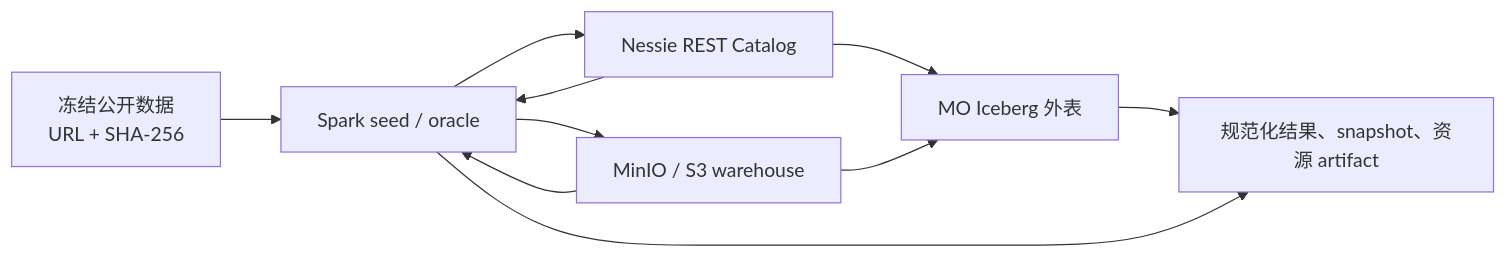
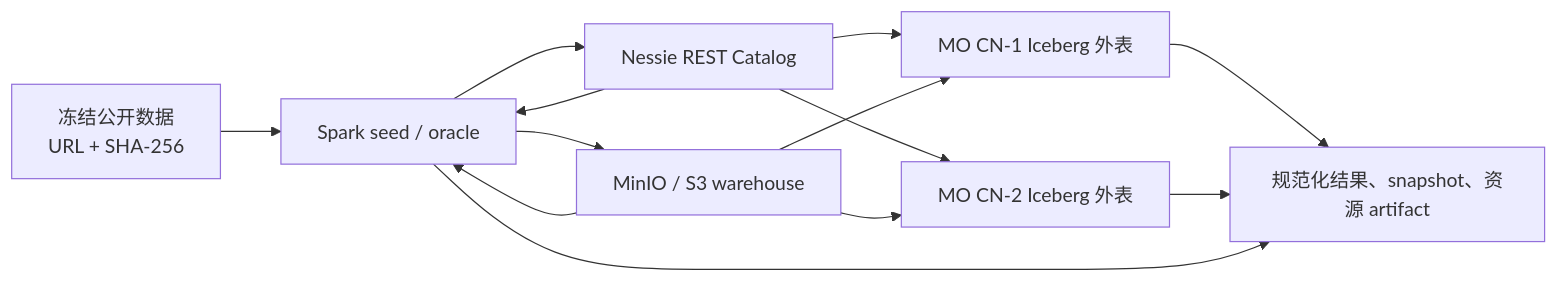
Before and after one commit to Ariznawlll/mo-test-reports: the diagram in iceberg-external-table-test-design/README.md, drawn with Mermaid. The commit also changed other lines of this file, not shown here.

Commit message:
docs: expand Iceberg external table test coverage

````diff
--- a/iceberg-external-table-test-design/README.md
+++ b/iceberg-external-table-test-design/README.md
@@ -51,12 +74,15 @@
 ```mermaid
 flowchart LR
     S["冻结公开数据\nURL + SHA-256"] --> SP["Spark seed / oracle"]
     SP --> N["Nessie REST Catalog"]
     SP --> O["MinIO / S3 warehouse"]
-    N --> M["MO Iceberg 外表"]
-    O --> M
+    N --> M1["MO CN-1 Iceberg 外表"]
+    O --> M1
+    N --> M2["MO CN-2 Iceberg 外表"]
+    O --> M2
     N --> SP
     O --> SP
-    M --> A["规范化结果、snapshot、资源 artifact"]
+    M1 --> A["规范化结果、snapshot、资源 artifact"]
+    M2 --> A
     SP --> A
 ```
````
